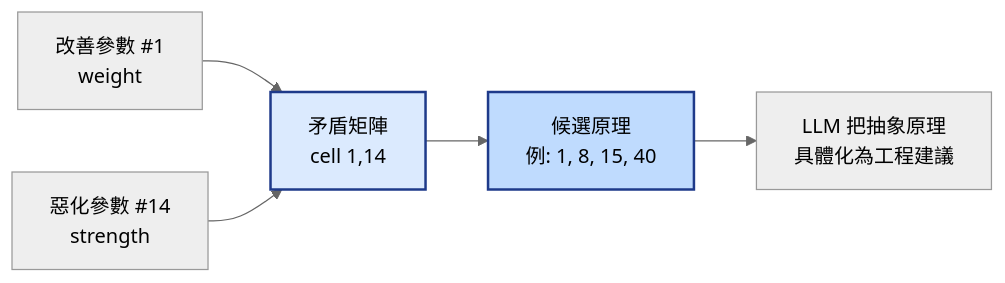
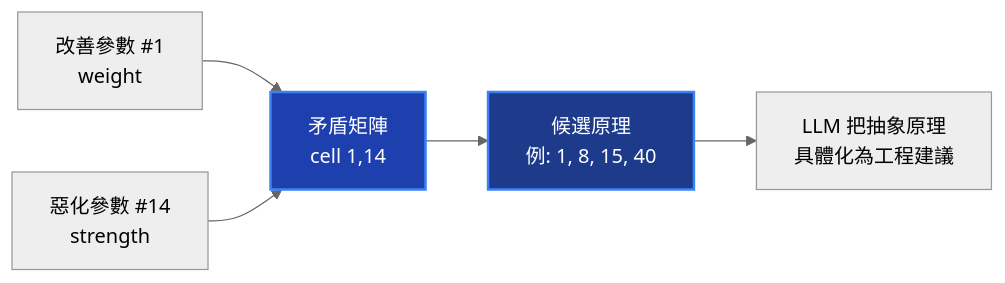
Before and after one commit to Zenobia0000/RD_copilot_system: the ninth of 31 diagrams in docs/01-define/diagrams/appendix-b--forward-triz-solver.md, drawn with Mermaid. The commit also changed other lines of this file and 10 other files, not shown here.

First line of the commit message:
docs(diagrams): Gate 審計修復 + diagrams 缺失補齊 + Mermaid 暗色配色

````diff
--- a/docs/01-define/diagrams/appendix-b--forward-triz-solver.md
+++ b/docs/01-define/diagrams/appendix-b--forward-triz-solver.md
@@ -522,11 +522,11 @@
 ```mermaid
 %%{init: {'theme': 'neutral'}}%%
 graph LR
     Imp[改善參數 #1<br/>weight] --> M
     Wor[惡化參數 #14<br/>strength] --> M
     M[矛盾矩陣<br/>cell 1,14] --> P[候選原理<br/>例: 1, 8, 15, 40]
     P --> LLM[LLM 把抽象原理<br/>具體化為工程建議]
 
-    style M fill:#dbeafe,stroke:#1e3a8a,stroke-width:2px,color:#000
-    style P fill:#bfdbfe,stroke:#1e3a8a,stroke-width:2px,color:#000
+    style M fill:#1E40AF,color:#fff,stroke:#3B82F6,stroke-width:2px
+    style P fill:#1E3A8A,color:#fff,stroke:#3B82F6,stroke-width:2px
 ```
````
